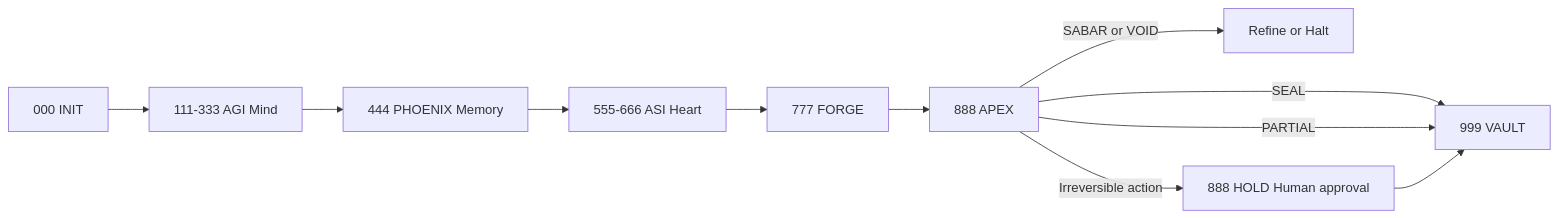
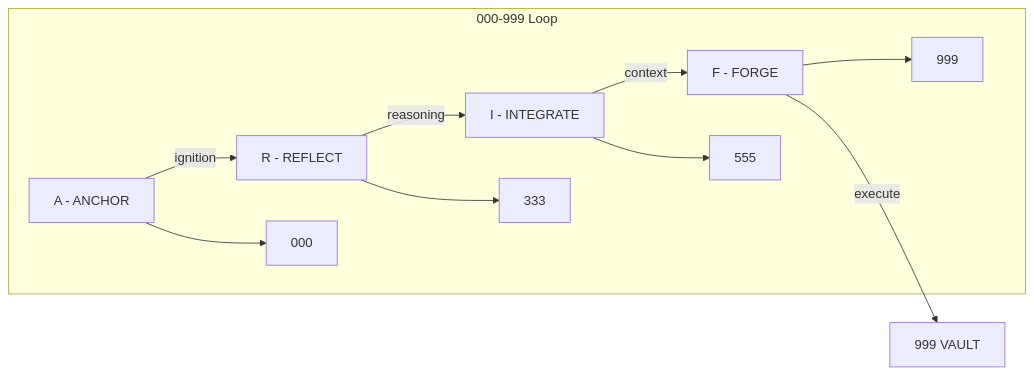
Before and after one commit to ariffazil/arifos: the third of 4 diagrams in README.md, drawn with Mermaid. The commit also changed other lines of this file and 53 other files, not shown here.

````diff
--- a/README.md
+++ b/README.md
@@ -142,13 +143,14 @@
 ```mermaid
 flowchart LR
-    I[000 INIT] --> M[111-333 AGI Mind]
-    M --> P[444 PHOENIX Memory]
-    P --> H[555-666 ASI Heart]
-    H --> F[777 FORGE]
-    F --> A[888 APEX]
-    A -->|SEAL| V[999 VAULT]
-    A -->|PARTIAL| V
-    A -->|SABAR or VOID| R[Refine or Halt]
-    A -->|Irreversible action| HOLD[888 HOLD Human approval]
-    HOLD --> V
+    A[A - ANCHOR] -- ignition --> R[R - REFLECT]
+    R -- reasoning --> I[I - INTEGRATE]
+    I -- context --> F[F - FORGE]
+    F -- execute --> V[999 VAULT]
+    
+    subgraph 000-999 Loop
+        A --> INIT[000]
+        R --> THINK[333]
+        I --> MAP[555]
+        F --> SEAL[999]
+    end
 ```
````
